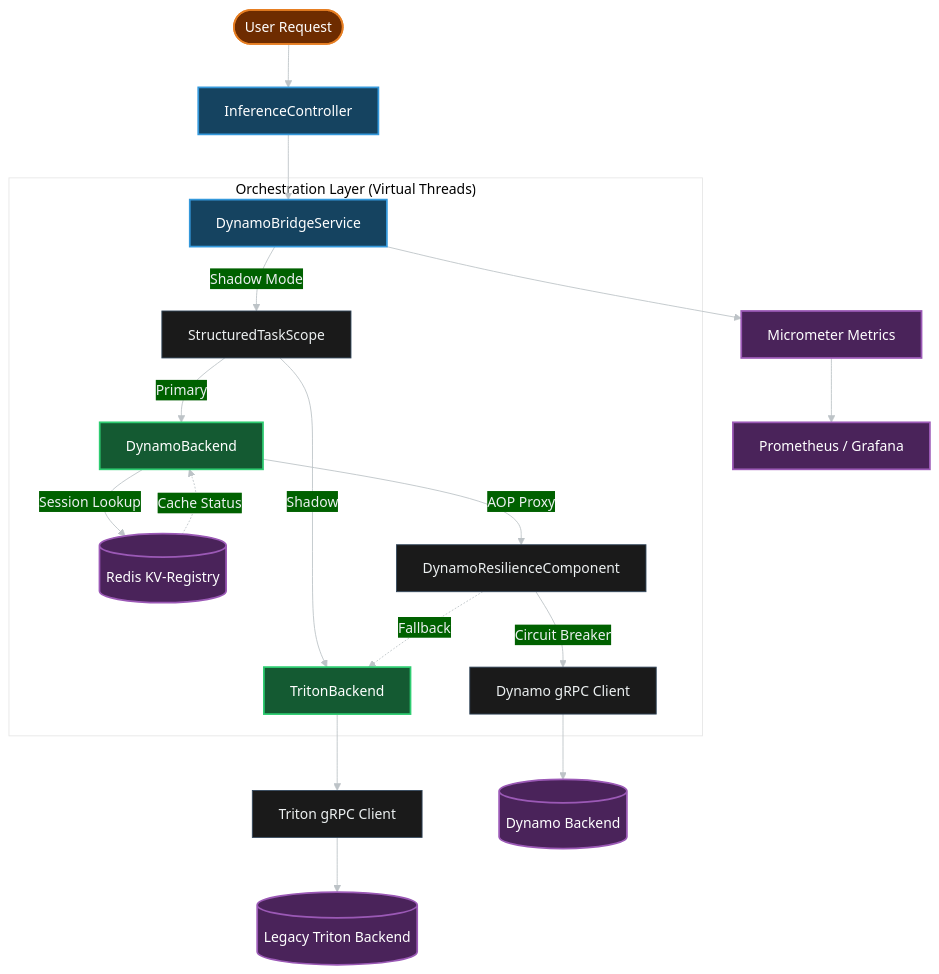
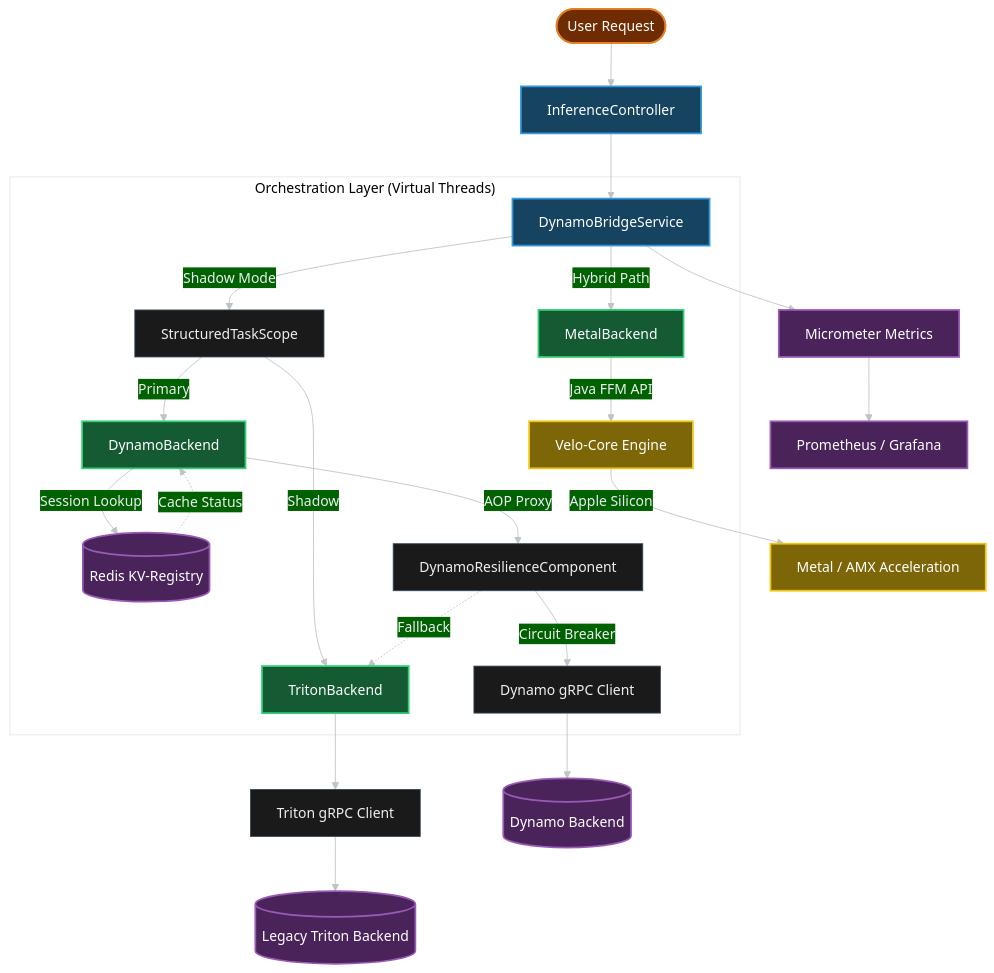
The second of 2 diagrams in README.md (developertogo/velo-sentinel), drawn with Mermaid before and after one commit. The commit also changed other lines of this file and 93 other files, not shown here.

````diff
--- a/README.md
+++ b/README.md
@@ -67,37 +88,43 @@
 ```mermaid
 %%{init: {'theme': 'base', 'themeVariables': { 'primaryColor': '#1a1a1a', 'primaryTextColor': '#ecf0f1', 'primaryBorderColor': '#34495e', 'lineColor': '#bdc3c7', 'secondaryColor': '#006100', 'tertiaryColor': '#fff' }}}%%
 graph TD
     User([User Request]) --> Controller[InferenceController]
     Controller --> Bridge[DynamoBridgeService]
     
     subgraph "Orchestration Layer (Virtual Threads)"
         Bridge -->|Shadow Mode| TaskScope[StructuredTaskScope]
         TaskScope -->|Primary| Dynamo[DynamoBackend]
         TaskScope -->|Shadow| Triton[TritonBackend]
+        Bridge -->|Hybrid Path| Metal[MetalBackend]
         
         Dynamo -->|Session Lookup| Redis[(Redis KV-Registry)]
         Redis -.->|Cache Status| Dynamo
         
         Dynamo -->|AOP Proxy| RC[DynamoResilienceComponent]
         RC -->|Circuit Breaker| D_GRPC[Dynamo gRPC Client]
         RC -.->|Fallback| Triton
+        
+        Metal -->|Java FFM API| VeloCore[Velo-Core Engine]
     end
     
     Triton --> T_GRPC[Triton gRPC Client]
     
     D_GRPC --> DB[(Dynamo Backend)]
     T_GRPC --> TB[(Legacy Triton Backend)]
+    VeloCore -->|Apple Silicon| GPU[Metal / AMX Acceleration]
     
     Bridge --> Metrics[Micrometer Metrics]
     Metrics --> Prometheus[Prometheus / Grafana]
 
     classDef primary fill:#154360,stroke:#3498db,stroke-width:2px,color:#fff;
     classDef secondary fill:#145a32,stroke:#2ecc71,stroke-width:2px,color:#fff;
     classDef storage fill:#4a235a,stroke:#9b59b6,stroke-width:2px,color:#fff;
     classDef user fill:#6e2c00,stroke:#e67e22,stroke-width:2px,color:#fff;
+    classDef hardware fill:#7d6608,stroke:#f1c40f,stroke-width:2px,color:#fff;
 
     class User user;
     class Controller,Bridge primary;
-    class Dynamo,Triton secondary;
+    class Dynamo,Triton,Metal secondary;
     class Redis,DB,TB,Metrics,Prometheus storage;
+    class VeloCore,GPU hardware;
 ```
````
